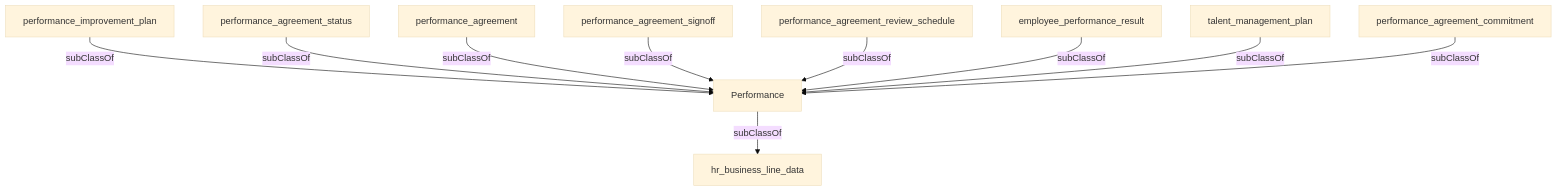
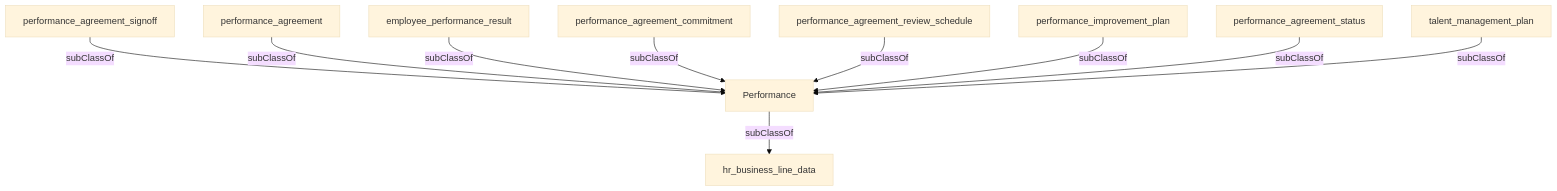
The diagram in content/hr_data_model/area_performance.md (heidingaway/heidi2), drawn with Mermaid (base theme) before and after one commit. The commit also changed other lines of this file and 350 other files, not shown here.

````diff
--- a/content/hr_data_model/area_performance.md
+++ b/content/hr_data_model/area_performance.md
@@ -31,22 +32,22 @@
 ```mermaid
 graph TD
   Performance["Performance"]:::current-page-node
   hr_business_line_data["hr_business_line_data"]
   performance_agreement_review_schedule["performance_agreement_review_schedule"]
   performance_agreement_status["performance_agreement_status"]
   performance_agreement_commitment["performance_agreement_commitment"]
   performance_agreement_signoff["performance_agreement_signoff"]
   talent_management_plan["talent_management_plan"]
   performance_agreement["performance_agreement"]
   performance_improvement_plan["performance_improvement_plan"]
   employee_performance_result["employee_performance_result"]
+  performance_agreement_signoff-->|" subClassOf "|Performance
+  Performance-->|" subClassOf "|hr_business_line_data
+  performance_agreement-->|" subClassOf "|Performance
+  employee_performance_result-->|" subClassOf "|Performance
+  performance_agreement_commitment-->|" subClassOf "|Performance
+  performance_agreement_review_schedule-->|" subClassOf "|Performance
   performance_improvement_plan-->|" subClassOf "|Performance
-  Performance-->|" subClassOf "|hr_business_line_data
   performance_agreement_status-->|" subClassOf "|Performance
-  performance_agreement-->|" subClassOf "|Performance
-  performance_agreement_signoff-->|" subClassOf "|Performance
-  performance_agreement_review_schedule-->|" subClassOf "|Performance
-  employee_performance_result-->|" subClassOf "|Performance
   talent_management_plan-->|" subClassOf "|Performance
-  performance_agreement_commitment-->|" subClassOf "|Performance
 ```
````
